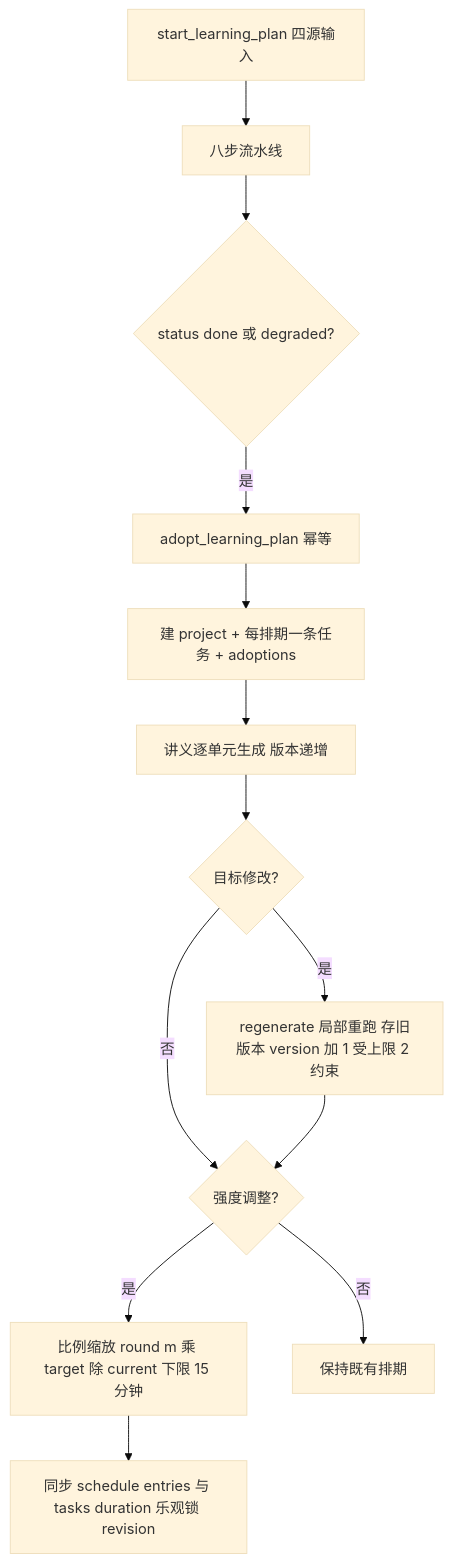
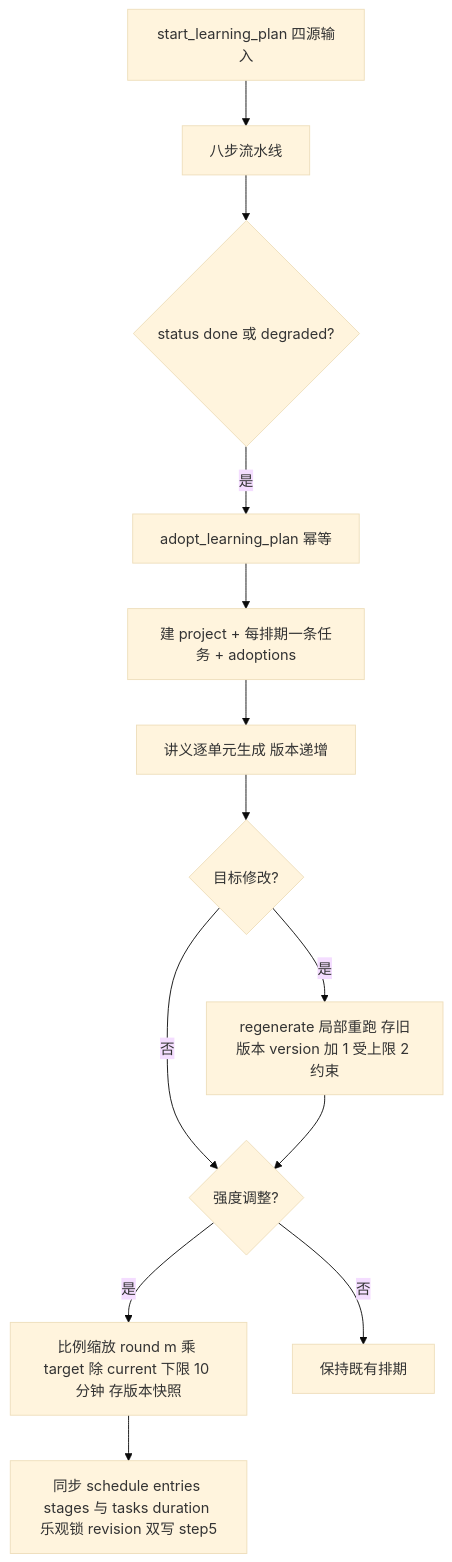
Before and after one commit to hershate/Deep-tutor: the fourth of 11 diagrams in docs/architecture/03-workflow.md, drawn with Mermaid (base theme). The commit also changed other lines of this file and 10 other files, not shown here.

````diff
--- a/docs/architecture/03-workflow.md
+++ b/docs/architecture/03-workflow.md
@@ -89,15 +89,15 @@
 ```mermaid
 flowchart TD
     A[start_learning_plan 四源输入] --> B[八步流水线]
     B --> C{status done 或 degraded?}
     C -->|是| D[adopt_learning_plan 幂等]
     D --> E[建 project + 每排期一条任务 + adoptions]
     E --> F[讲义逐单元生成 版本递增]
     F --> G{目标修改?}
     G -->|是| H[regenerate 局部重跑 存旧版本 version 加 1 受上限 2 约束]
     G -->|否| I{强度调整?}
     H --> I
-    I -->|是| J[比例缩放 round m 乘 target 除 current 下限 15 分钟]
+    I -->|是| J[比例缩放 round m 乘 target 除 current 下限 10 分钟 存版本快照]
     I -->|否| K[保持既有排期]
-    J --> L[同步 schedule entries 与 tasks duration 乐观锁 revision]
+    J --> L[同步 schedule entries stages 与 tasks duration 乐观锁 revision 双写 step5]
 ```
````
